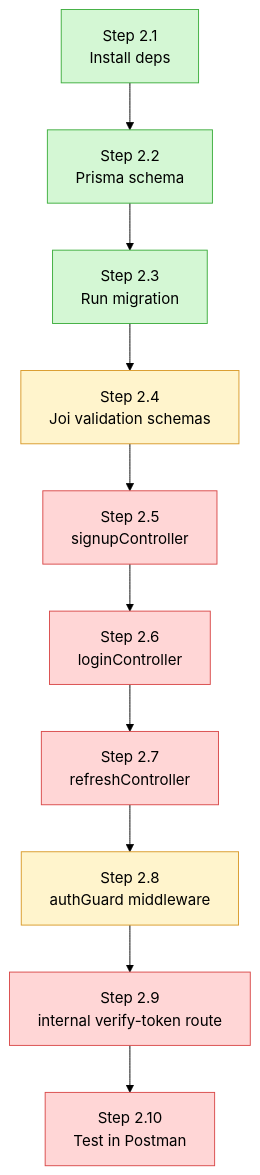
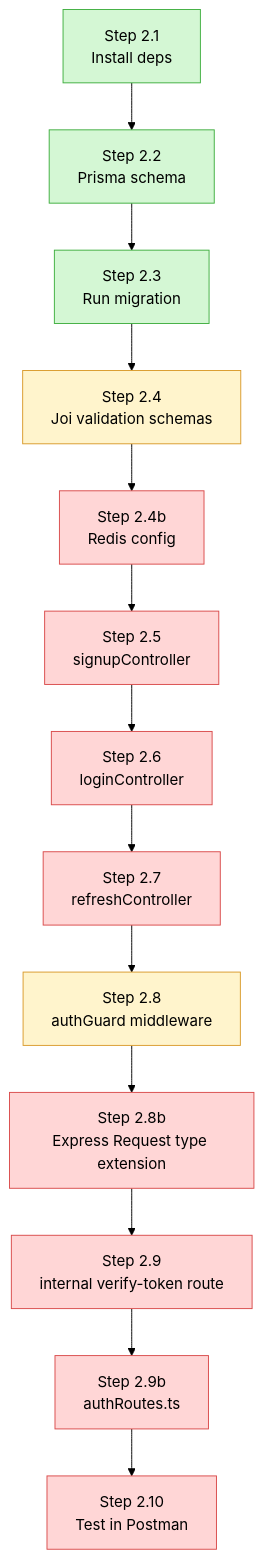
One commit to ritam-g/GOOGLE_MEET changed the first of 2 diagrams in services/auth-service/md/Auth_service_progress.MD. Above: the diagram before and after it, drawn with Mermaid (forest theme). The commit also changed other lines of this file, not shown here.

Commit message:
feat(auth-service): update progress tracker with new file dependencies and structure

````diff
--- a/services/auth-service/md/Auth_service_progress.MD
+++ b/services/auth-service/md/Auth_service_progress.MD
@@ -10,23 +60,29 @@
 ```mermaid
 flowchart TD
     A[Step 2.1<br/>Install deps] --> B[Step 2.2<br/>Prisma schema]
     B --> C[Step 2.3<br/>Run migration]
     C --> D[Step 2.4<br/>Joi validation schemas]
-    D --> E[Step 2.5<br/>signupController]
+    D --> E0[Step 2.4b<br/>Redis config]
+    E0 --> E[Step 2.5<br/>signupController]
     E --> F[Step 2.6<br/>loginController]
     F --> G[Step 2.7<br/>refreshController]
     G --> H[Step 2.8<br/>authGuard middleware]
-    H --> I[Step 2.9<br/>internal verify-token route]
-    I --> J[Step 2.10<br/>Test in Postman]
+    H --> H2[Step 2.8b<br/>Express Request type extension]
+    H2 --> I[Step 2.9<br/>internal verify-token route]
+    I --> I2[Step 2.9b<br/>authRoutes.ts]
+    I2 --> J[Step 2.10<br/>Test in Postman]
 
     style A fill:#d4f7d4,stroke:#3fae3f
     style B fill:#d4f7d4,stroke:#3fae3f
     style C fill:#d4f7d4,stroke:#3fae3f
     style D fill:#fff4cc,stroke:#d99a2b
+    style E0 fill:#ffd6d6,stroke:#d94a4a
     style E fill:#ffd6d6,stroke:#d94a4a
     style F fill:#ffd6d6,stroke:#d94a4a
     style G fill:#ffd6d6,stroke:#d94a4a
     style H fill:#fff4cc,stroke:#d99a2b
+    style H2 fill:#ffd6d6,stroke:#d94a4a
     style I fill:#ffd6d6,stroke:#d94a4a
+    style I2 fill:#ffd6d6,stroke:#d94a4a
     style J fill:#ffd6d6,stroke:#d94a4a
 ```
````
